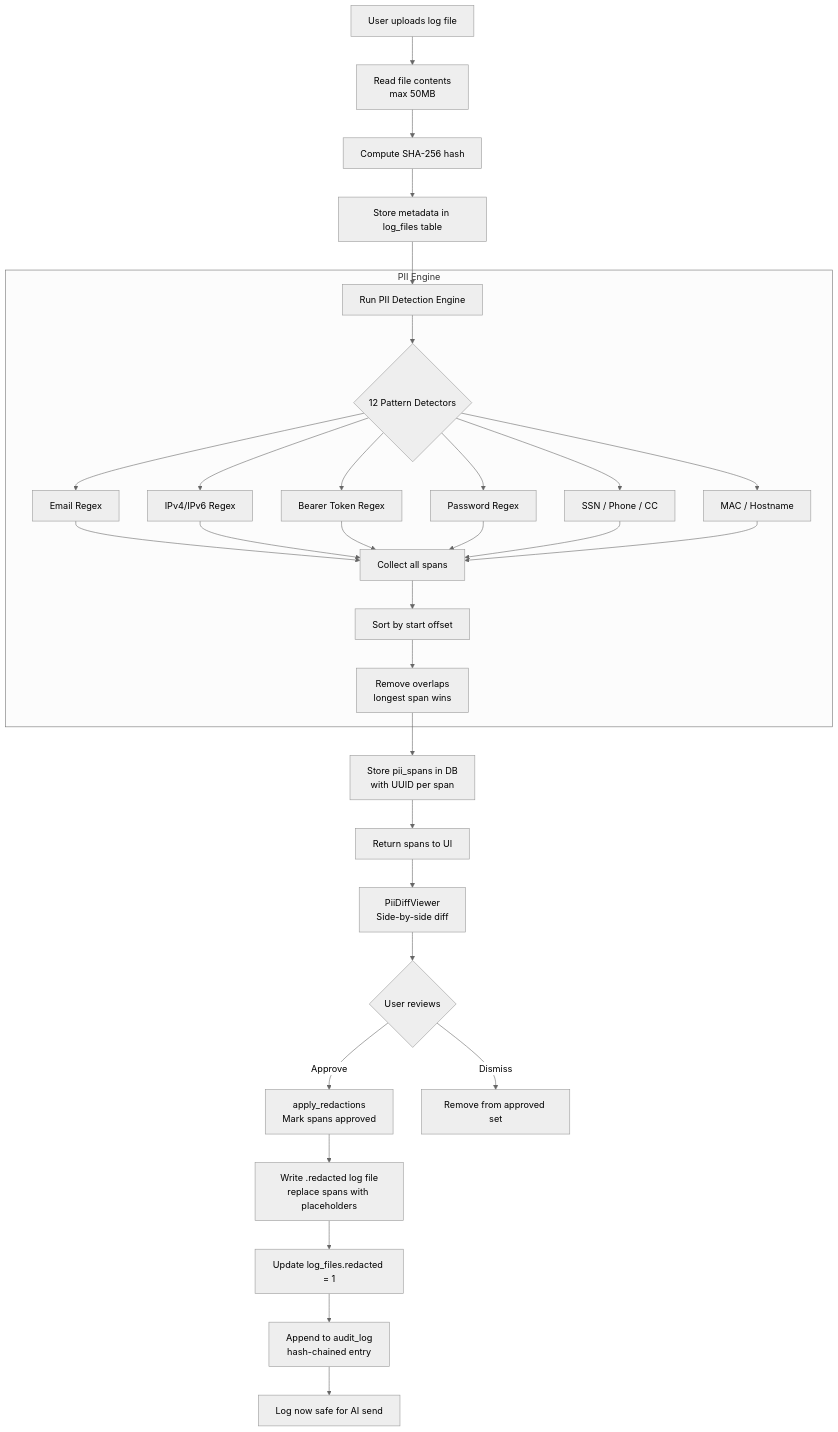
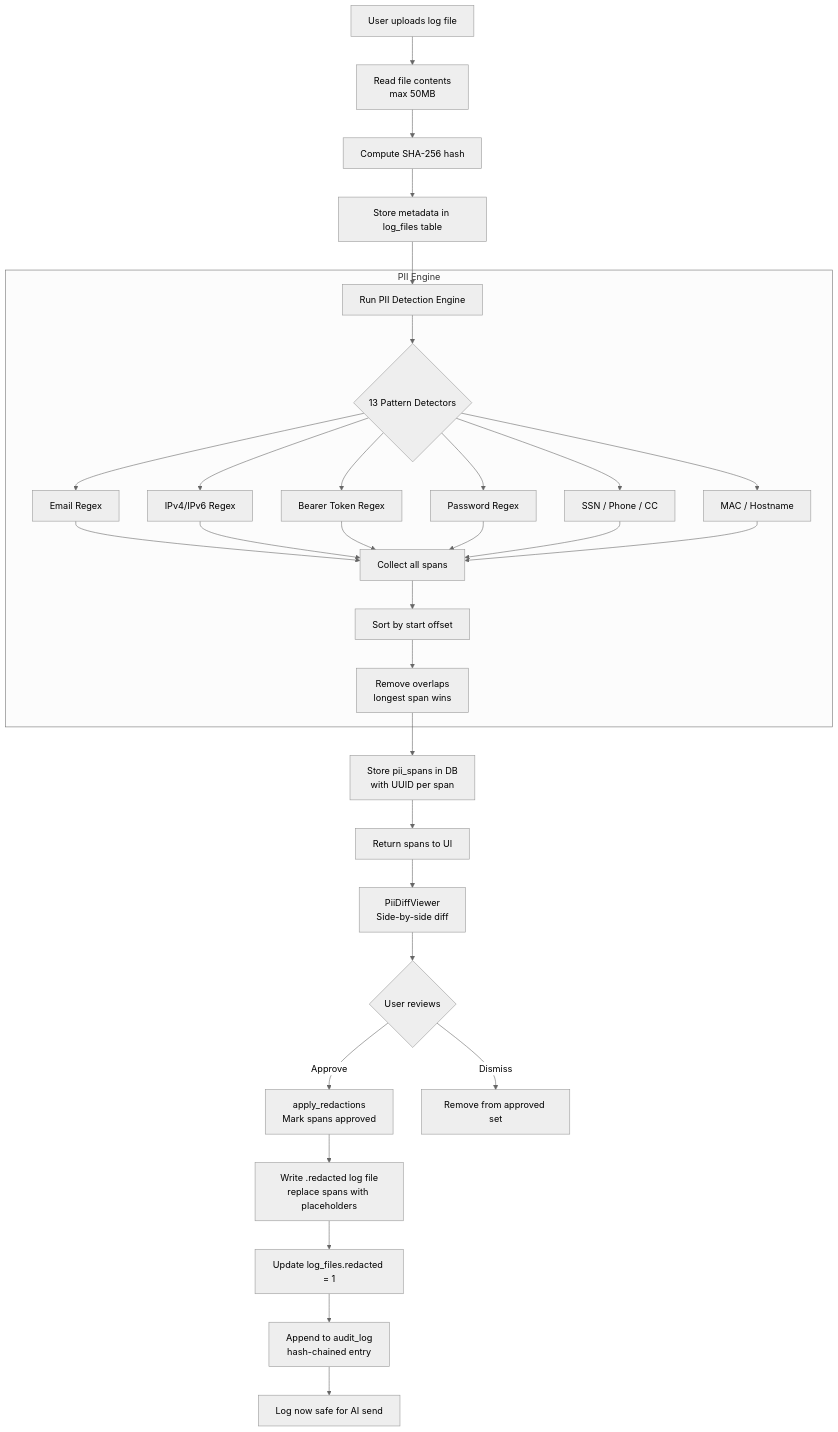
Before and after one commit to armconsol/tftsr-devops_investigation: diagram 18 of 19 in docs/architecture/README.md, drawn with Mermaid (neutral theme). The commit also changed other lines of this file and 3 other files, not shown here.

Commit message:
docs: refresh architecture docs

````diff
--- a/docs/architecture/README.md
+++ b/docs/architecture/README.md
@@ -1275,31 +1330,31 @@
 ```mermaid
 flowchart TD
     A[User uploads log file] --> B[Read file contents\nmax 50MB]
     B --> C[Compute SHA-256 hash]
     C --> D[Store metadata in log_files table]
     D --> E[Run PII Detection Engine]
 
     subgraph "PII Engine"
-        E --> F{12 Pattern Detectors}
+        E --> F{13 Pattern Detectors}
         F --> G[Email Regex]
         F --> H[IPv4/IPv6 Regex]
         F --> I[Bearer Token Regex]
         F --> J[Password Regex]
         F --> K[SSN / Phone / CC]
         F --> L[MAC / Hostname]
         G & H & I & J & K & L --> M[Collect all spans]
         M --> N[Sort by start offset]
         N --> O[Remove overlaps\nlongest span wins]
     end
 
     O --> P[Store pii_spans in DB\nwith UUID per span]
     P --> Q[Return spans to UI]
     Q --> R[PiiDiffViewer\nSide-by-side diff]
     R --> S{User reviews}
     S -->|Approve| T[apply_redactions\nMark spans approved]
     S -->|Dismiss| U[Remove from approved set]
     T --> V[Write .redacted log file\nreplace spans with placeholders]
     V --> W[Update log_files.redacted = 1]
     W --> X[Append to audit_log\nhash-chained entry]
     X --> Y[Log now safe for AI send]
 ```
````
